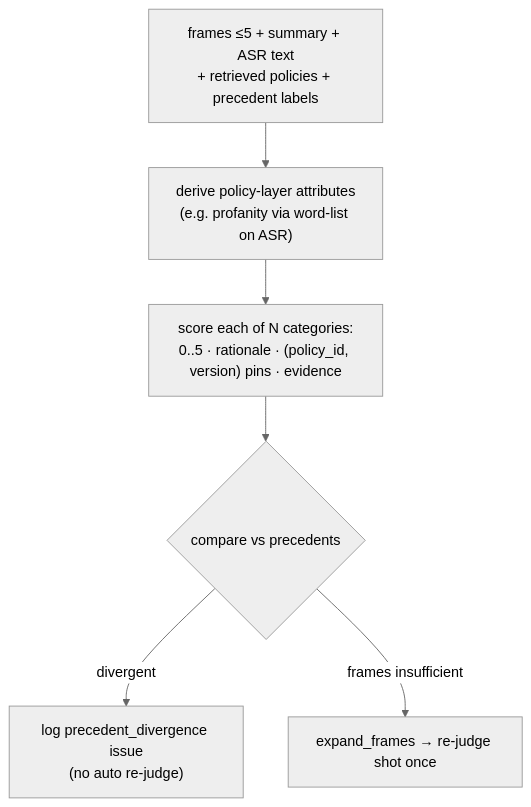
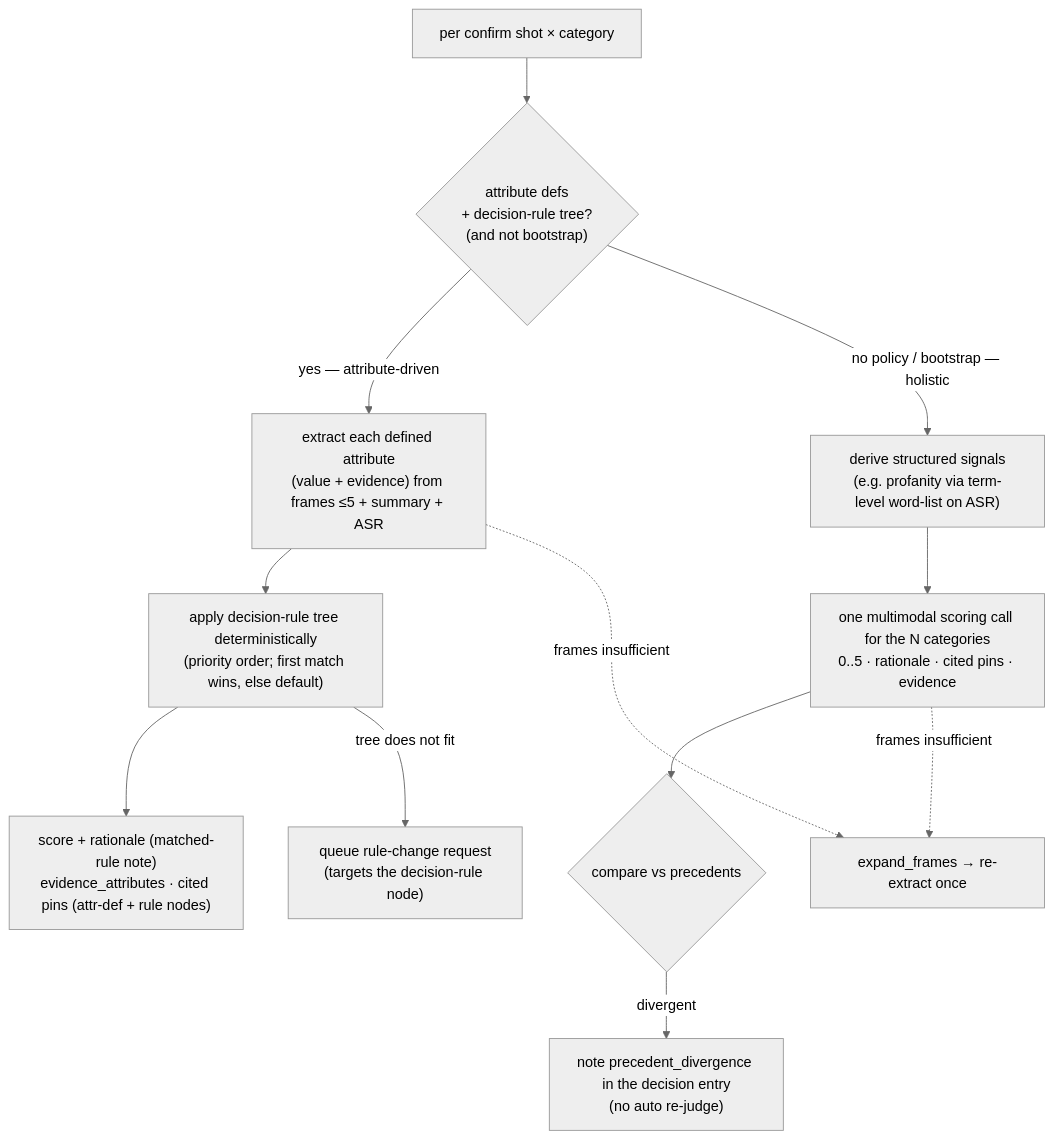
The second of 2 diagrams in docs/AGENT_WORKFLOW.md (jhoowy/GV-Auto-Labelling-Agent), drawn with Mermaid (neutral theme) before and after one commit. The commit also changed other lines of this file and 5 other files, not shown here.

First line of the commit message:
Update docs to match the policy redesign (attribute-driven JUDGE, decision tree, provenance)

````diff
--- a/docs/AGENT_WORKFLOW.md
+++ b/docs/AGENT_WORKFLOW.md
@@ -76,9 +81,18 @@
 ```mermaid
 flowchart TB
-  IN["frames ≤5 + summary + ASR text<br/>+ retrieved policies + precedent labels"]
-  IN --> DER["derive policy-layer attributes<br/>(e.g. profanity via word-list on ASR)"]
-  DER --> SC["score each of N categories:<br/>0..5 · rationale · (policy_id, version) pins · evidence"]
-  SC --> CK{"compare vs precedents"}
-  CK -->|"divergent"| ISS["log precedent_divergence issue<br/>(no auto re-judge)"]
-  CK -->|"frames insufficient"| EXP["expand_frames → re-judge shot once"]
+  IN["per confirm shot × category"]
+  IN --> Q{"attribute defs<br/>+ decision-rule tree?<br/>(and not bootstrap)"}
+
+  Q -->|"yes — attribute-driven"| EX["extract each defined attribute<br/>(value + evidence) from frames ≤5 + summary + ASR"]
+  EX --> AP["apply decision-rule tree deterministically<br/>(priority order; first match wins, else default)"]
+  AP --> SC1["score + rationale (matched-rule note)<br/>evidence_attributes · cited pins (attr-def + rule nodes)"]
+  AP -->|"tree does not fit"| RC["queue rule-change request<br/>(targets the decision-rule node)"]
+
+  Q -->|"no policy / bootstrap — holistic"| HD["derive structured signals<br/>(e.g. profanity via term-level word-list on ASR)"]
+  HD --> HS["one multimodal scoring call for the N categories<br/>0..5 · rationale · cited pins · evidence"]
+  HS --> CK{"compare vs precedents"}
+  CK -->|"divergent"| ISS["note precedent_divergence in the decision entry<br/>(no auto re-judge)"]
+
+  EX -.->|"frames insufficient"| EXP["expand_frames → re-extract once"]
+  HS -.->|"frames insufficient"| EXP
 ```
````
